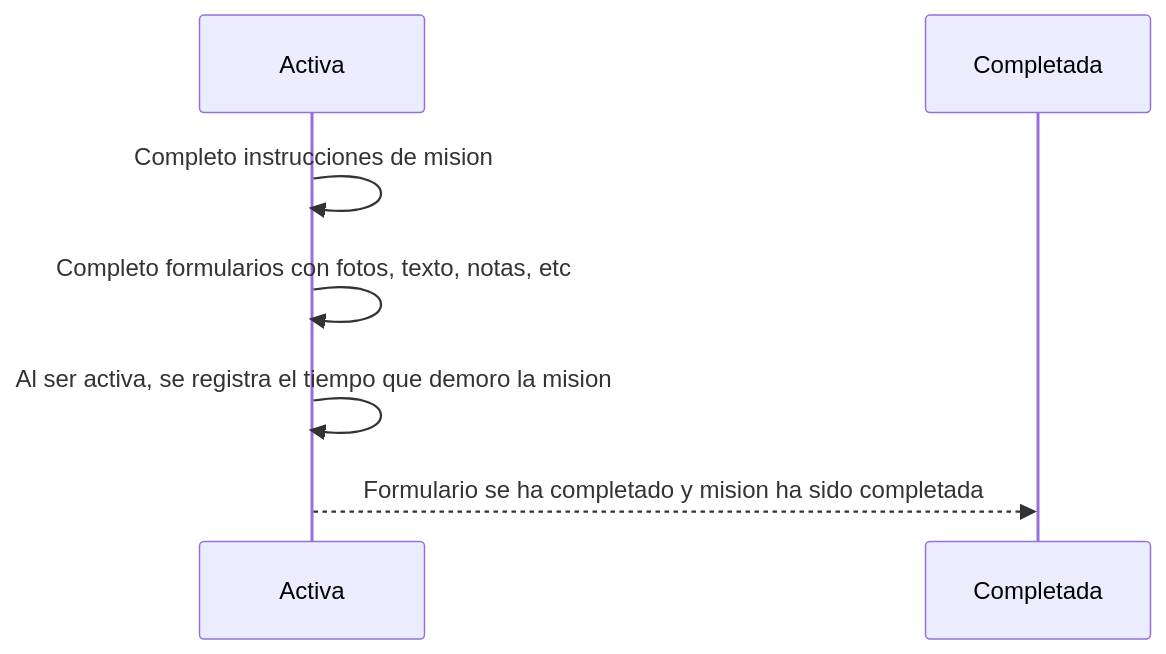
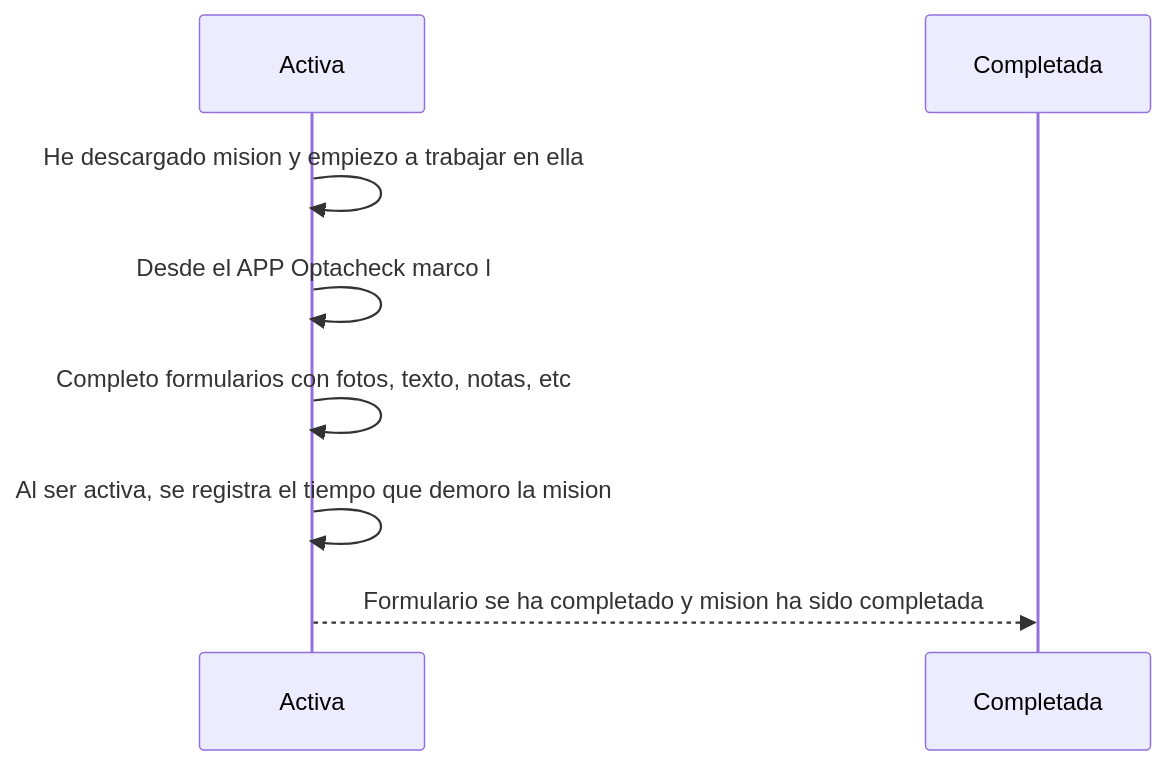
One commit to vicvicvar/hook-public-docs changed the diagram in docs-v1/tutorial-espanol/app-movil/misiones.md. Above: the diagram before and after it, drawn with Mermaid. The commit also changed other lines of this file, not shown here.

Commit message:
docs-v1/tutorial-espanol/app-movil/misiones.md updated from https://stackedit.io/

````diff
--- a/docs-v1/tutorial-espanol/app-movil/misiones.md
+++ b/docs-v1/tutorial-espanol/app-movil/misiones.md
@@ -21,7 +21,8 @@
 ```mermaid
 sequenceDiagram
-Activa->> Activa: Completo instrucciones de mision
+Activa->> Activa: He descargado mision y empiezo a trabajar en ella
+Activa->> Activa: Desde el APP Optacheck marco l
 Activa->> Activa: Completo formularios con fotos, texto, notas, etc
 Activa->> Activa: Al ser activa, se registra el tiempo que demoro la mision
 Activa-->> Completada: Formulario se ha completado y mision ha sido completada
 ```
````
